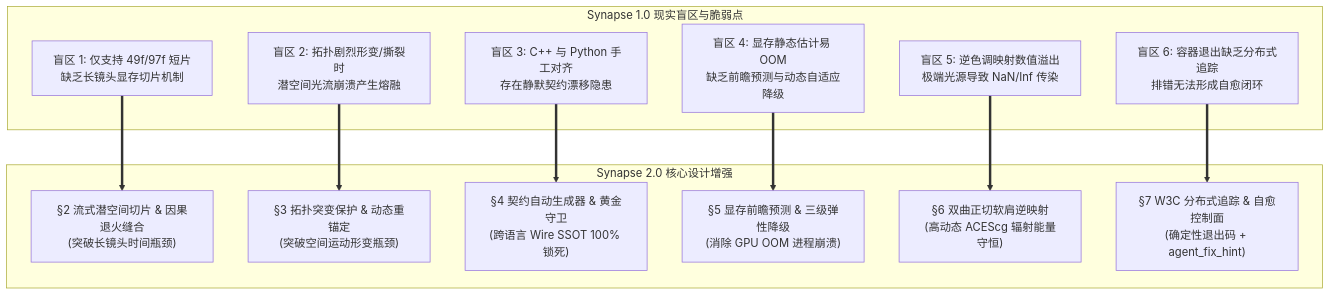
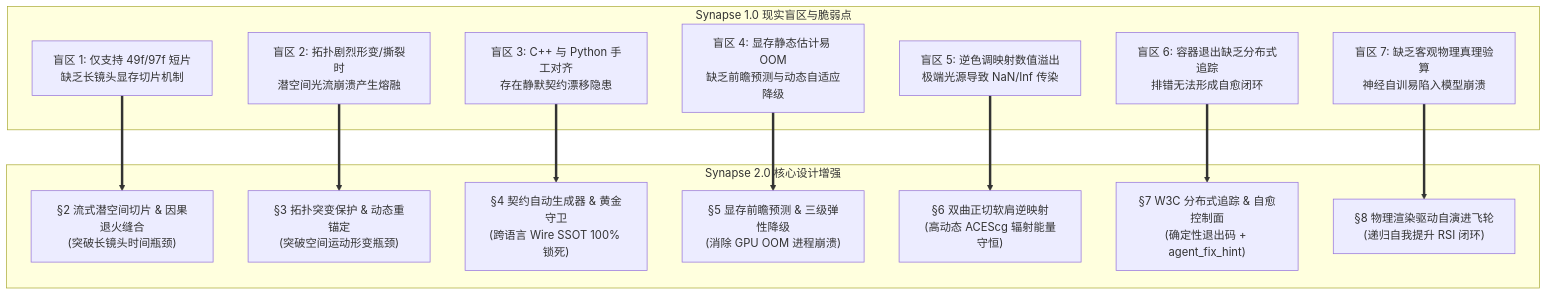
One commit to sautille-stroke/synapse changed the first of 6 diagrams in docs/DESIGN_SYSTEM_ENHANCEMENT.md. Above: the diagram before and after it, drawn with Mermaid. The commit also changed other lines of this file and 5 other files, not shown here.

````diff
--- a/docs/DESIGN_SYSTEM_ENHANCEMENT.md
+++ b/docs/DESIGN_SYSTEM_ENHANCEMENT.md
@@ -19,27 +20,30 @@
 ```mermaid
 flowchart TD
     subgraph Blindspots ["Synapse 1.0 现实盲区与脆弱点"]
         B1["盲区 1: 仅支持 49f/97f 短片<br/>缺乏长镜头显存切片机制"]
         B2["盲区 2: 拓扑剧烈形变/撕裂时<br/>潜空间光流崩溃产生熔融"]
         B3["盲区 3: C++ 与 Python 手工对齐<br/>存在静默契约漂移隐患"]
         B4["盲区 4: 显存静态估计易 OOM<br/>缺乏前瞻预测与动态自适应降级"]
         B5["盲区 5: 逆色调映射数值溢出<br/>极端光源导致 NaN/Inf 传染"]
         B6["盲区 6: 容器退出缺乏分布式追踪<br/>排错无法形成自愈闭环"]
+        B7["盲区 7: 缺乏客观物理真理验算<br/>神经自训易陷入模型崩溃"]
     end
 
     subgraph Solutions ["Synapse 2.0 核心设计增强"]
         S1["§2 流式潜空间切片 & 因果退火缝合<br/>(突破长镜头时间瓶颈)"]
         S2["§3 拓扑突变保护 & 动态重锚定<br/>(突破空间运动形变瓶颈)"]
         S3["§4 契约自动生成器 & 黄金守卫<br/>(跨语言 Wire SSOT 100% 锁死)"]
         S4["§5 显存前瞻预测 & 三级弹性降级<br/>(消除 GPU OOM 进程崩溃)"]
         S5["§6 双曲正切软肩逆映射<br/>(高动态 ACEScg 辐射能量守恒)"]
         S6["§7 W3C 分布式追踪 & 自愈控制面<br/>(确定性退出码 + agent_fix_hint)"]
+        S7["§8 物理渲染驱动自演进飞轮<br/>(递归自我提升 RSI 闭环)"]
     end
 
     B1 ==> S1
     B2 ==> S2
     B3 ==> S3
     B4 ==> S4
     B5 ==> S5
     B6 ==> S6
+    B7 ==> S7
 ```
````
